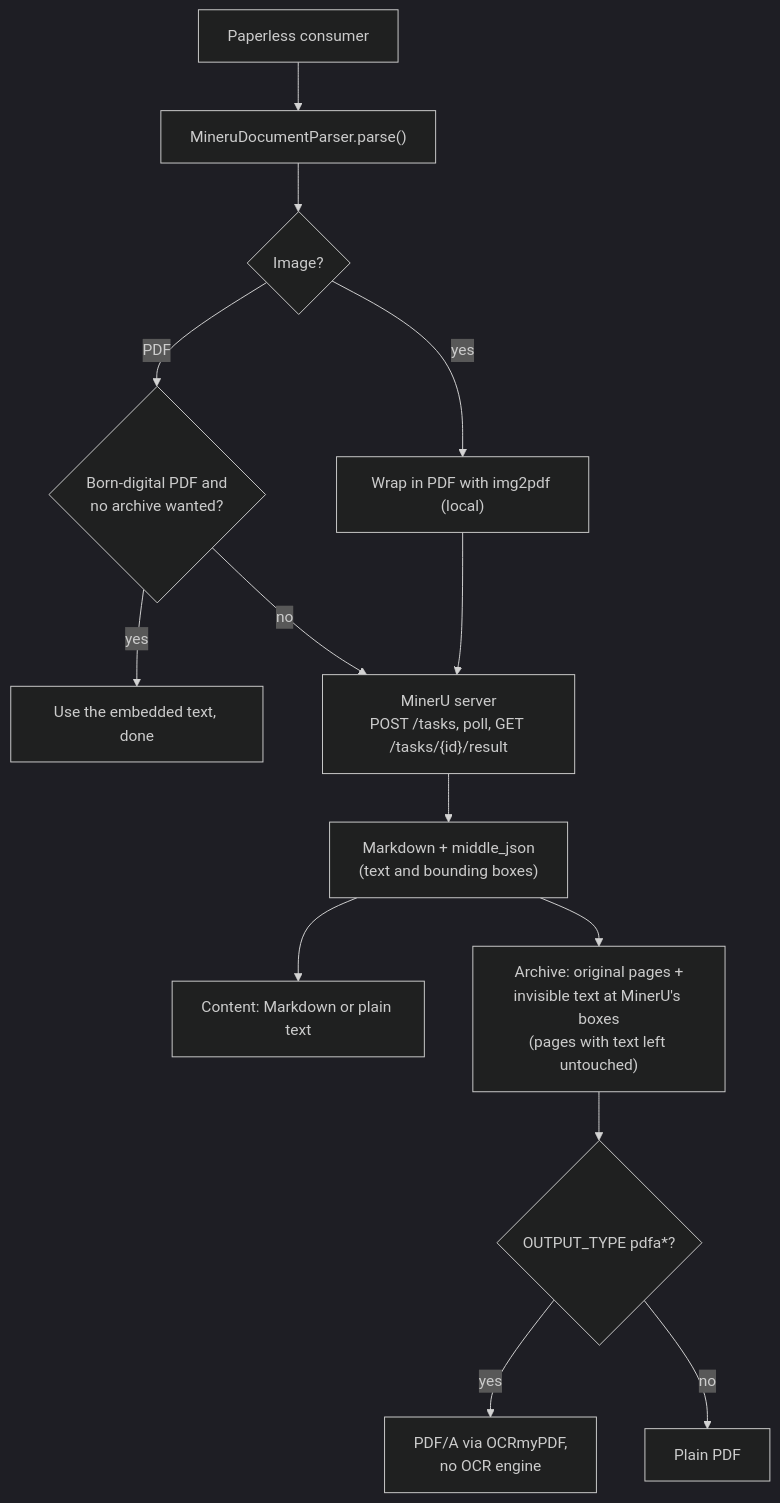
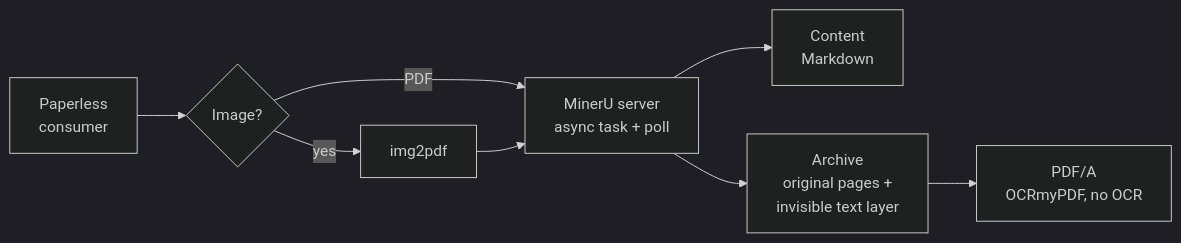
The diagram in README.md (Pacman1984/paperless-ngx-mineru-plugin), drawn with Mermaid (dark theme) before and after one commit.

Commit message:
README: compact left-to-right flow diagram
Shows only the main path so the diagram stays short; the special cases are
described in the text below it.

````diff
--- a/README.md
+++ b/README.md
@@ -27,16 +27,10 @@
 ```mermaid
-flowchart TD
-    A["Paperless consumer"] --> B["MineruDocumentParser.parse()"]
-    B --> C{"Image?"}
-    C -- yes --> D["Wrap in PDF with img2pdf (local)"]
-    C -- PDF --> E{"Born-digital PDF and<br/>no archive wanted?"}
-    E -- yes --> X["Use the embedded text, done"]
-    E -- no --> F
-    D --> F["MinerU server<br/>POST /tasks, poll, GET /tasks/{id}/result"]
-    F --> G["Markdown + middle_json<br/>(text and bounding boxes)"]
-    G --> H["Content: Markdown or plain text"]
-    G --> I["Archive: original pages +<br/>invisible text at MinerU's boxes<br/>(pages with text left untouched)"]
-    I --> J{"OUTPUT_TYPE pdfa*?"}
-    J -- yes --> K["PDF/A via OCRmyPDF,<br/>no OCR engine"]
-    J -- no --> L["Plain PDF"]
+flowchart LR
+    A["Paperless<br/>consumer"] --> B{"Image?"}
+    B -- yes --> C["img2pdf"]
+    B -- PDF --> D["MinerU server<br/>async task + poll"]
+    C --> D
+    D --> E["Content<br/>Markdown"]
+    D --> F["Archive<br/>original pages +<br/>invisible text layer"]
+    F --> G["PDF/A<br/>OCRmyPDF, no OCR"]
 ```
````
